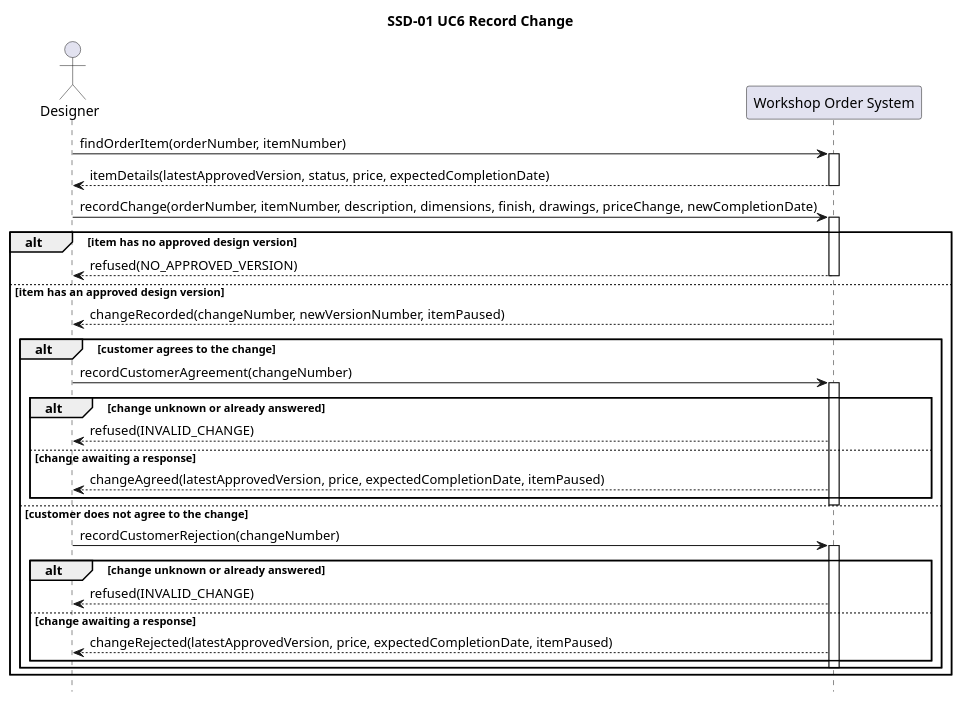
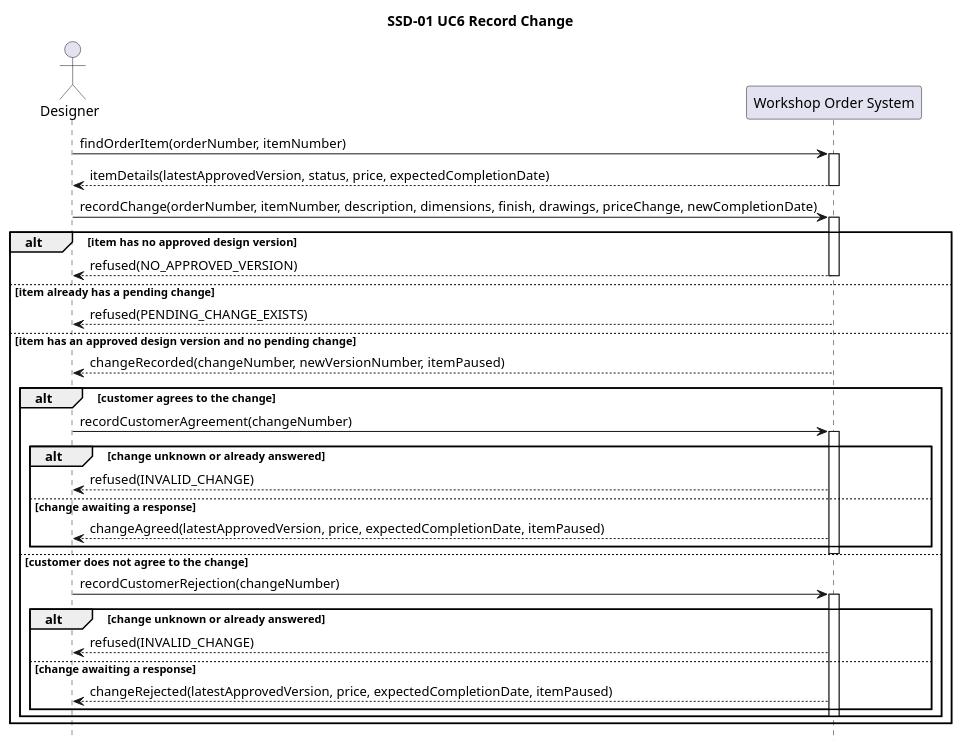
The diagram in ssd-uc6-record-change.puml (Ahmad-1031/OOAD_CA2), drawn with PlantUML before and after one commit. The commit also changed 2 other files, not shown here.

```diff
--- a/ssd-uc6-record-change.puml
+++ b/ssd-uc6-record-change.puml
@@ -1,46 +1,50 @@
 @startuml SSD-01-uc6-record-change
 hide footbox
 title SSD-01 UC6 Record Change
 
 actor Designer
 participant "Workshop Order System" as System
 
 Designer -> System : findOrderItem(orderNumber, itemNumber)
 activate System
 System --> Designer : itemDetails(latestApprovedVersion, status, price, expectedCompletionDate)
 deactivate System
 
 Designer -> System : recordChange(orderNumber, itemNumber, description, dimensions, finish, drawings, priceChange, newCompletionDate)
 activate System
 
 alt item has no approved design version
   System --> Designer : refused(NO_APPROVED_VERSION)
   deactivate System
 
-else item has an approved design version
+else item already has a pending change
+  System --> Designer : refused(PENDING_CHANGE_EXISTS)
+  deactivate System
+
+else item has an approved design version and no pending change
   System --> Designer : changeRecorded(changeNumber, newVersionNumber, itemPaused)
   deactivate System
 
   alt customer agrees to the change
     Designer -> System : recordCustomerAgreement(changeNumber)
     activate System
     alt change unknown or already answered
       System --> Designer : refused(INVALID_CHANGE)
     else change awaiting a response
       System --> Designer : changeAgreed(latestApprovedVersion, price, expectedCompletionDate, itemPaused)
     end
     deactivate System
 
   else customer does not agree to the change
     Designer -> System : recordCustomerRejection(changeNumber)
     activate System
     alt change unknown or already answered
       System --> Designer : refused(INVALID_CHANGE)
     else change awaiting a response
       System --> Designer : changeRejected(latestApprovedVersion, price, expectedCompletionDate, itemPaused)
     end
     deactivate System
   end
 end
 
 @enduml
```
